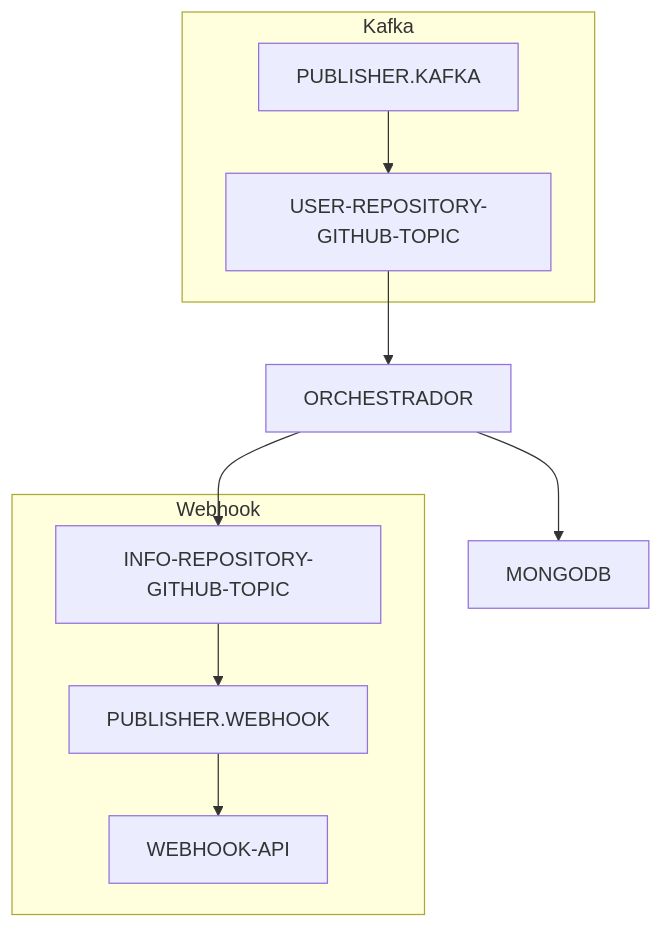
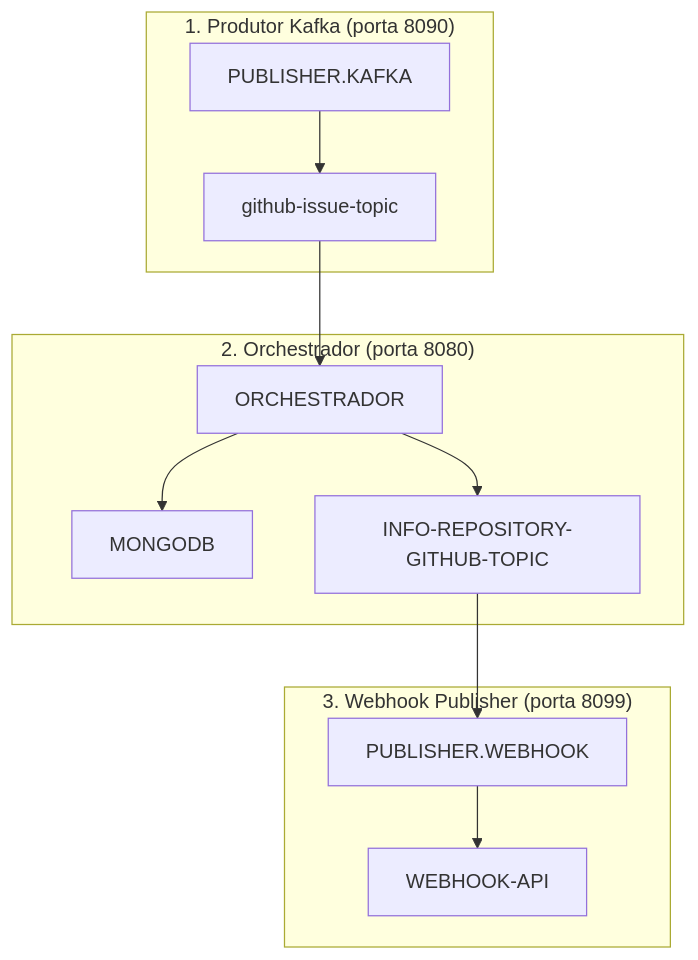
The diagram in README.md (flpfraga/swap-webhook-publishing), drawn with Mermaid before and after one commit. The commit also changed other lines of this file, not shown here.

````diff
--- a/README.md
+++ b/README.md
@@ -24,15 +79,18 @@
 ```mermaid
 flowchart TD
-    subgraph Kafka
-        A[PUBLISHER.KAFKA] --> B[USER-REPOSITORY-GITHUB-TOPIC]
+    subgraph "1. Produtor Kafka (porta 8090)"
+        A[PUBLISHER.KAFKA] --> B[github-issue-topic]
     end
 
     B --> C[ORCHESTRADOR]
-    C --> D[MONGODB]
-    C --> E[INFO-REPOSITORY-GITHUB-TOPIC]
     
-    subgraph Webhook
+    subgraph "2. Orchestrador (porta 8080)"
+        C --> D[MONGODB]
+        C --> E[INFO-REPOSITORY-GITHUB-TOPIC]
+    end
+    
+    subgraph "3. Webhook Publisher (porta 8099)"
         E --> F[PUBLISHER.WEBHOOK]
         F --> G[WEBHOOK-API]
     end
 ```
````
